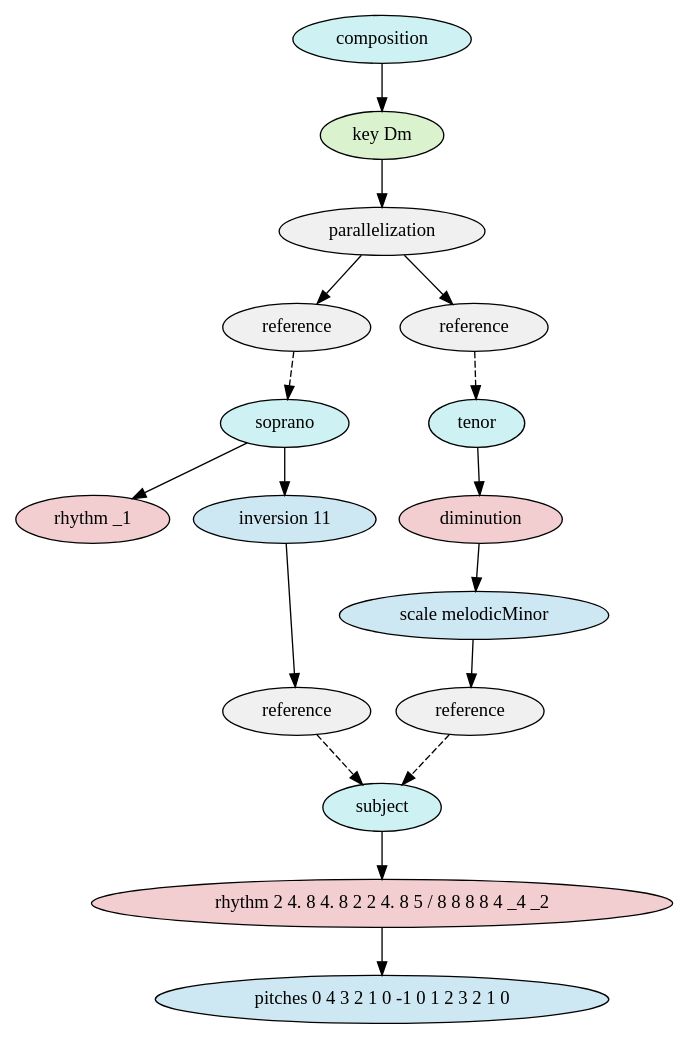
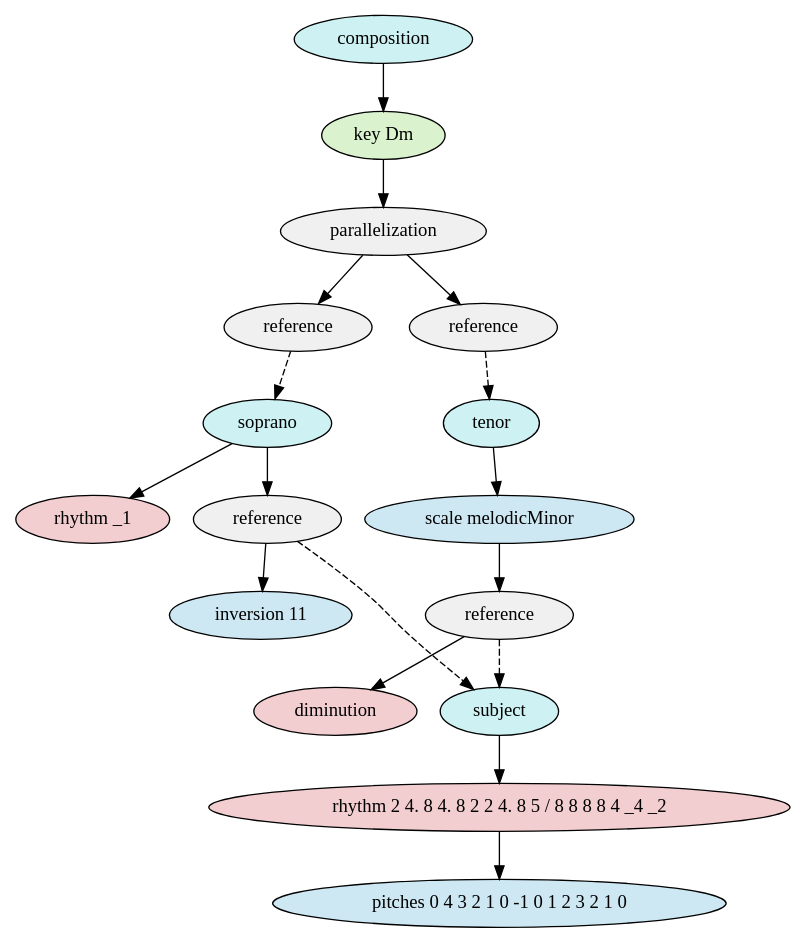
Before and after one commit to david-pace/mps-examples: the diagram in Compositions/Bach/BWV1080_TheArtOfFugue/Contrapunctus7_Diminution_and_Inversion/BWV1080_Art_of_Fugue_Contrapunctus7_ContextTreeModel.dot, drawn with Graphviz. The commit also changed 5 other files, not shown here.

```diff
--- a/Compositions/Bach/BWV1080_TheArtOfFugue/Contrapunctus7_Diminution_and_Inversion/BWV1080_Art_of_Fugue_Contrapunctus7_ContextTreeModel.dot
+++ b/Compositions/Bach/BWV1080_TheArtOfFugue/Contrapunctus7_Diminution_and_Inversion/BWV1080_Art_of_Fugue_Contrapunctus7_ContextTreeModel.dot
@@ -1,35 +1,35 @@
 digraph compositionModel {
     graph [ordering="out"];
     n0 [fillcolor="#cef2f3",style="filled",label="composition"];
     n1 [fillcolor="#daf3ce",style="filled",label="key Dm"];
     n0 -> n1;
     n2 [fillcolor="#f0f0f0",style="filled",label="parallelization"];
     n1 -> n2;
     n3 [fillcolor="#f0f0f0",style="filled",label="reference"];
     n2 -> n3;
     n4 [fillcolor="#f0f0f0",style="filled",label="reference"];
     n2 -> n4;
     n5 [fillcolor="#cef2f3",style="filled",label="soprano"];
     n6 [fillcolor="#f3ced0",style="filled",label="rhythm _1"];
     n5 -> n6;
-    n7 [fillcolor="#cee8f3",style="filled",label="inversion 11"];
+    n7 [fillcolor="#f0f0f0",style="filled",label="reference"];
     n5 -> n7;
-    n8 [fillcolor="#f0f0f0",style="filled",label="reference"];
+    n8 [fillcolor="#cee8f3",style="filled",label="inversion 11"];
     n7 -> n8;
     n9 [fillcolor="#cef2f3",style="filled",label="tenor"];
-    n10 [fillcolor="#f3ced0",style="filled",label="diminution"];
+    n10 [fillcolor="#cee8f3",style="filled",label="scale melodicMinor"];
     n9 -> n10;
-    n11 [fillcolor="#cee8f3",style="filled",label="scale melodicMinor"];
+    n11 [fillcolor="#f0f0f0",style="filled",label="reference"];
     n10 -> n11;
-    n12 [fillcolor="#f0f0f0",style="filled",label="reference"];
+    n12 [fillcolor="#f3ced0",style="filled",label="diminution"];
     n11 -> n12;
     n13 [fillcolor="#cef2f3",style="filled",label="subject"];
     n14 [fillcolor="#f3ced0",style="filled",label="rhythm 2 4. 8 4. 8 2 2 4. 8 5 / 8 8 8 8 4 _4 _2"];
     n13 -> n14;
     n15 [fillcolor="#cee8f3",style="filled",label="pitches 0 4 3 2 1 0 -1 0 1 2 3 2 1 0"];
     n14 -> n15;
     n3 -> n5 [style="dashed"];
     n4 -> n9 [style="dashed"];
-    n8 -> n13 [style="dashed"];
-    n12 -> n13 [style="dashed"];
+    n7 -> n13 [style="dashed"];
+    n11 -> n13 [style="dashed"];
 }
```
